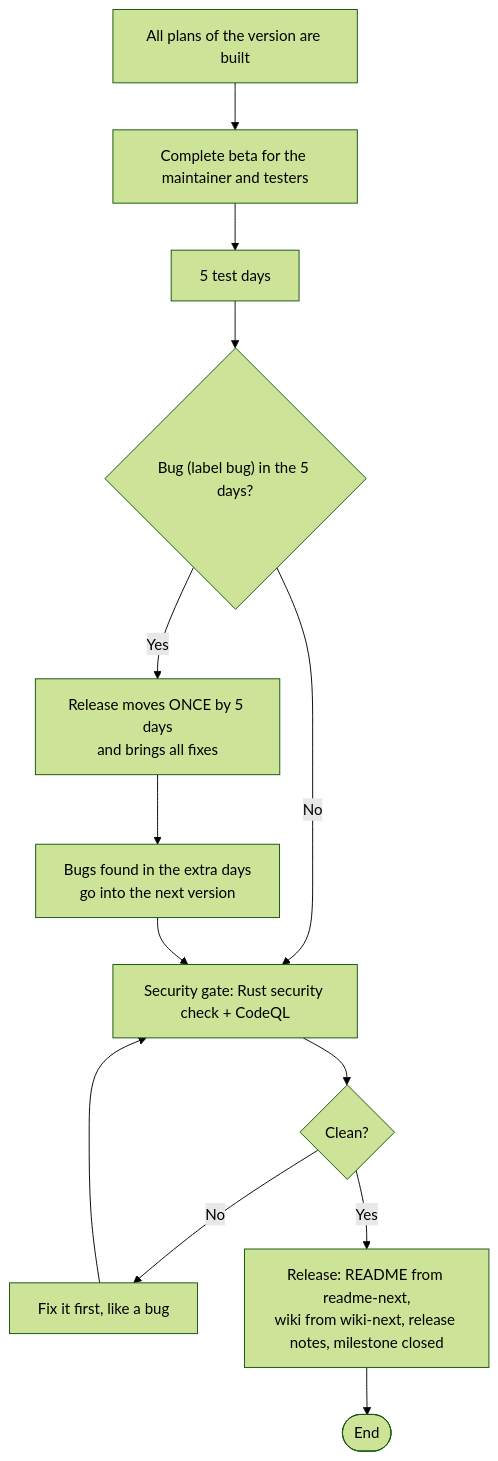
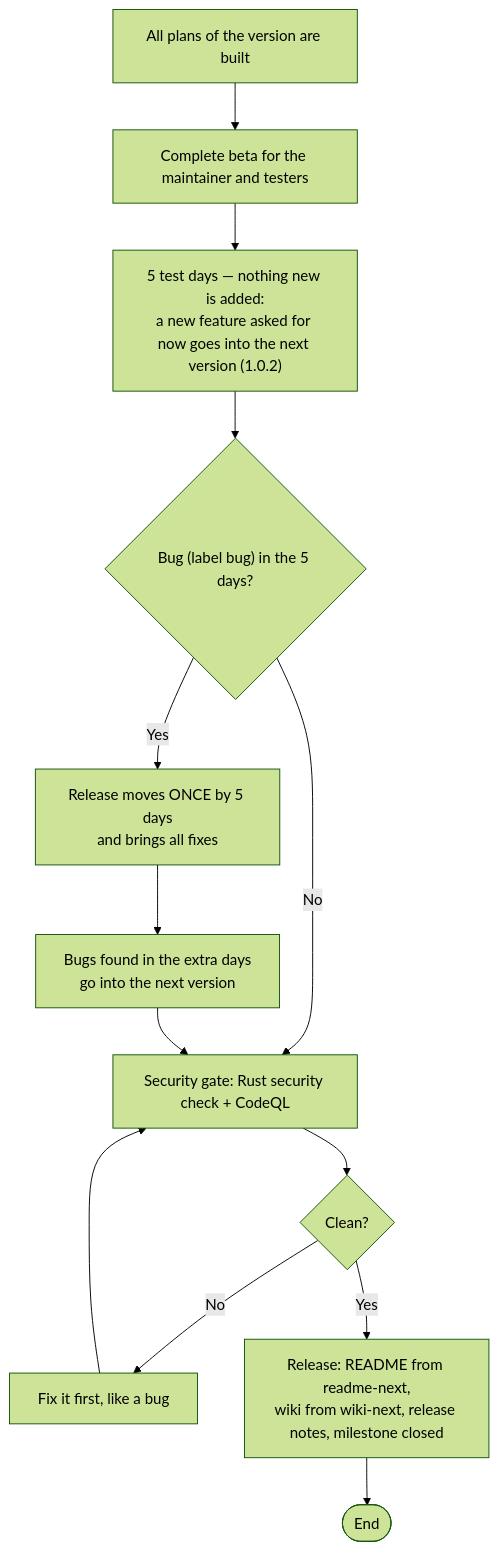
Before and after one commit to GFGMNET/Workspace: the diagram in docs/RELEASE-WORKFLOW.md, drawn with Mermaid (forest theme). The commit also changed 1 other file, not shown here.

Commit message:
Rule: a new feature asked for after the complete beta goes into the next version (1.0.2)
Claude-Session: https://claude.ai/code/session_01YTmHS5QesE4imbb73iBYzB

````diff
--- a/docs/RELEASE-WORKFLOW.md
+++ b/docs/RELEASE-WORKFLOW.md
@@ -5,15 +5,15 @@
 ```mermaid
 flowchart TD
    A["All plans of the version are built"] --> B["Complete beta for the maintainer and testers"]
-   B --> C["5 test days"]
+   B --> C["5 test days — nothing new is added:<br/>a new feature asked for now goes into the next version (1.0.2)"]
    C --> D{"Bug (label bug) in the 5 days?"}
    D -->|No| G["Security gate: Rust security check + CodeQL"]
    D -->|Yes| E["Release moves ONCE by 5 days<br/>and brings all fixes"]
    E --> F["Bugs found in the extra days<br/>go into the next version"]
    F --> G
    G --> H{"Clean?"}
    H -->|No| I["Fix it first, like a bug"]
    I --> G
    H -->|Yes| J["Release: README from readme-next,<br/>wiki from wiki-next, release notes, milestone closed"]
    J --> K([End])
 ```
````
